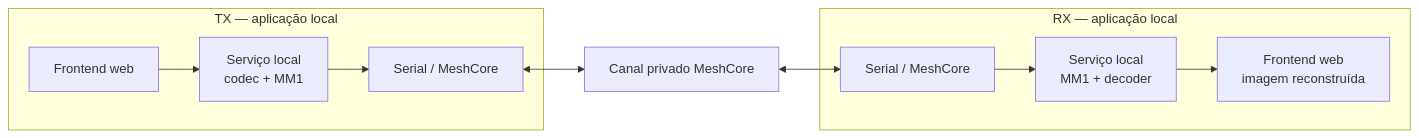
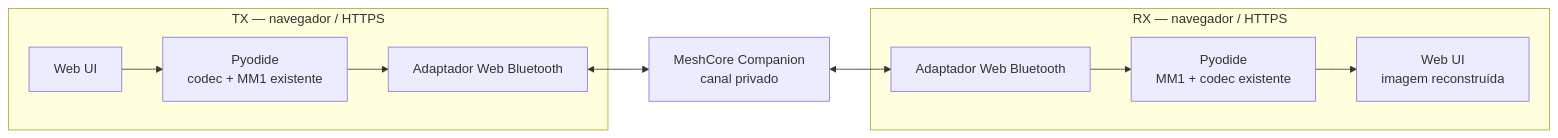
The third of 3 diagrams in docs/architecture.md (FernandoPucci/meshmedia-lab), drawn with Mermaid before and after one commit. The commit also changed other lines of this file, not shown here.

Commit message:
docs: define browser-only web app architecture

````diff
--- a/docs/architecture.md
+++ b/docs/architecture.md
@@ -285,13 +275,13 @@
 ```mermaid
 flowchart LR
-    subgraph TX["TX — aplicação local"]
-        UI1["Frontend web"] --> APP1["Serviço local<br/>codec + MM1"]
-        APP1 --> SER1["Serial / MeshCore"]
+    subgraph TX["TX — navegador / HTTPS"]
+        TUI["Web UI"] --> PYTX["Pyodide<br/>codec + MM1 existente"]
+        PYTX --> BLETX["Adaptador Web Bluetooth"]
     end
-    SER1 <--> MESH["Canal privado MeshCore"]
-    subgraph RX["RX — aplicação local"]
-        SER2["Serial / MeshCore"] --> APP2["Serviço local<br/>MM1 + decoder"]
-        APP2 --> UI2["Frontend web<br/>imagem reconstruída"]
+    BLETX <--> MESH["MeshCore Companion<br/>canal privado"]
+    MESH <--> BLERX["Adaptador Web Bluetooth"]
+    subgraph RX["RX — navegador / HTTPS"]
+        BLERX --> PYRX["Pyodide<br/>MM1 + codec existente"]
+        PYRX --> RUI["Web UI<br/>imagem reconstruída"]
     end
-    MESH <--> SER2
 ```
````
